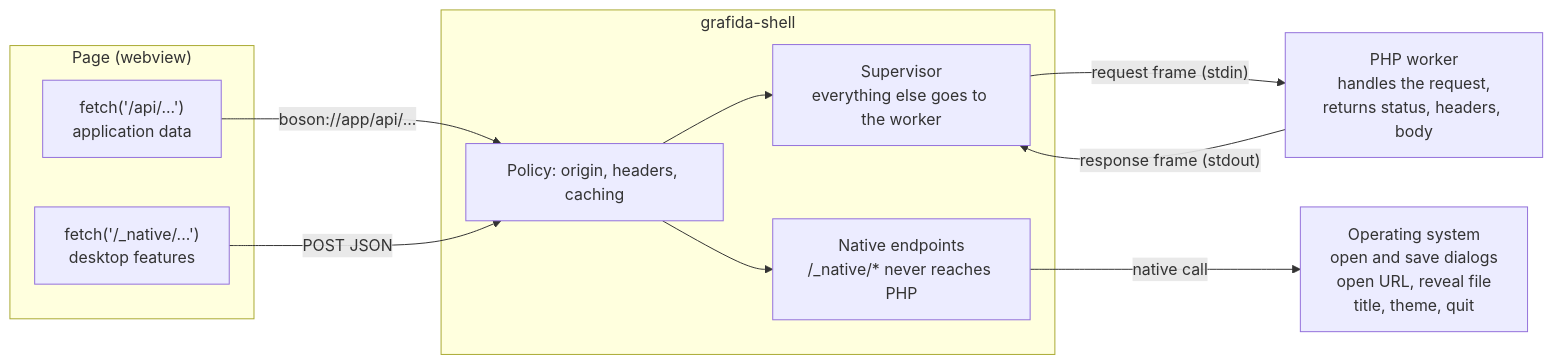
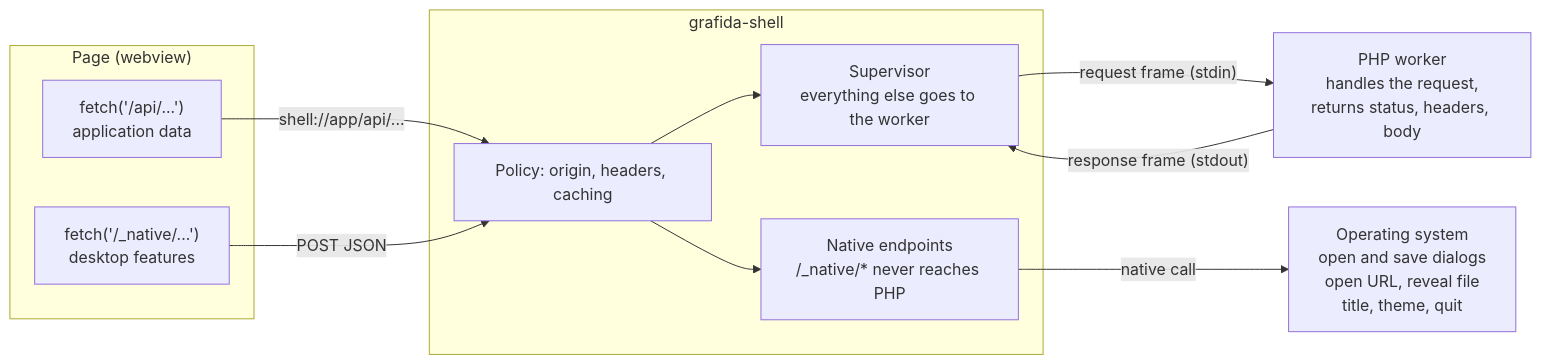
Before and after one commit to grafida/shell: the second of 2 diagrams in docs/user/architecture.md, drawn with Mermaid. The commit also changed other lines of this file and 95 other files, not shown here.

First line of the commit message:
Scheme: boson:// becomes shell:// in docs, tests, examples and protocol fixtures

````diff
--- a/docs/user/architecture.md
+++ b/docs/user/architecture.md
@@ -59,24 +59,24 @@
 ```mermaid
 flowchart LR
     subgraph page["Page (webview)"]
         f1["fetch('/api/...')<br/>application data"]
         f2["fetch('/_native/...')<br/>desktop features"]
     end
 
     subgraph shell["grafida-shell"]
         policy["Policy: origin, headers, caching"]
         sup["Supervisor<br/>everything else goes to the worker"]
         native["Native endpoints<br/>/_native/* never reaches PHP"]
         policy --> sup
         policy --> native
     end
 
     worker["PHP worker<br/>handles the request,<br/>returns status, headers, body"]
     os["Operating system<br/>open and save dialogs<br/>open URL, reveal file<br/>title, theme, quit"]
 
-    f1 -- "boson://app/api/..." --> policy
+    f1 -- "shell://app/api/..." --> policy
     f2 -- "POST JSON" --> policy
     sup -- "request frame (stdin)" --> worker
     worker -- "response frame (stdout)" --> sup
     native -- "native call" --> os
 ```
````
